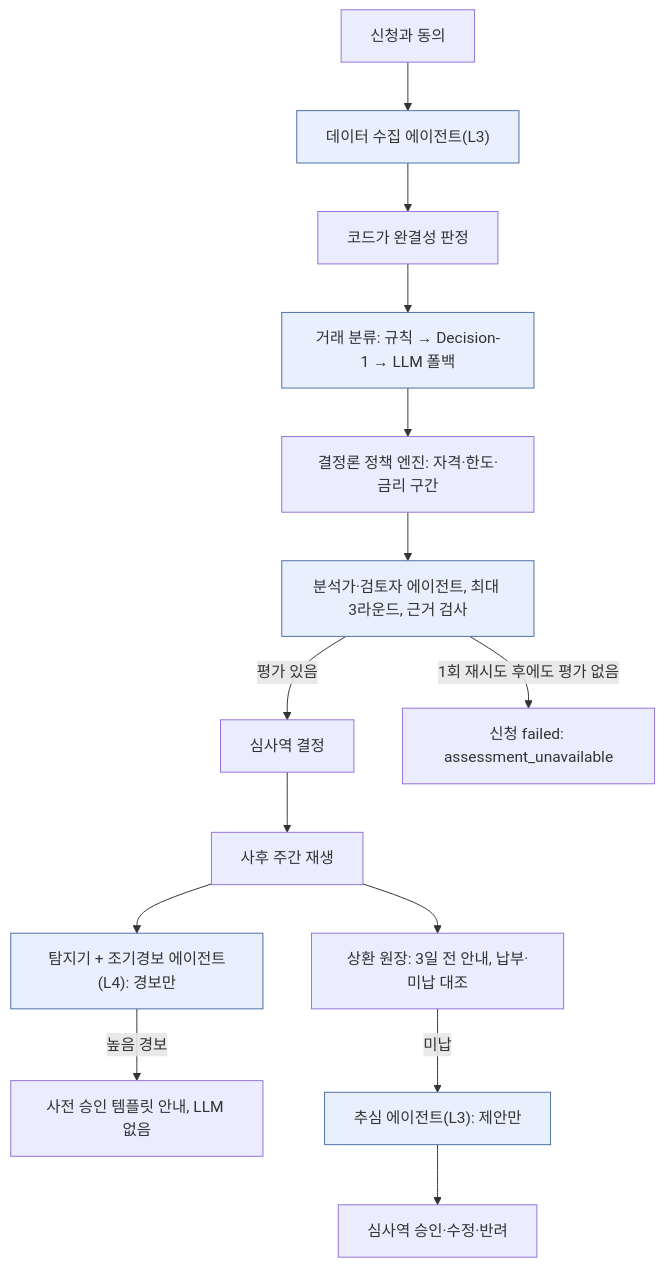
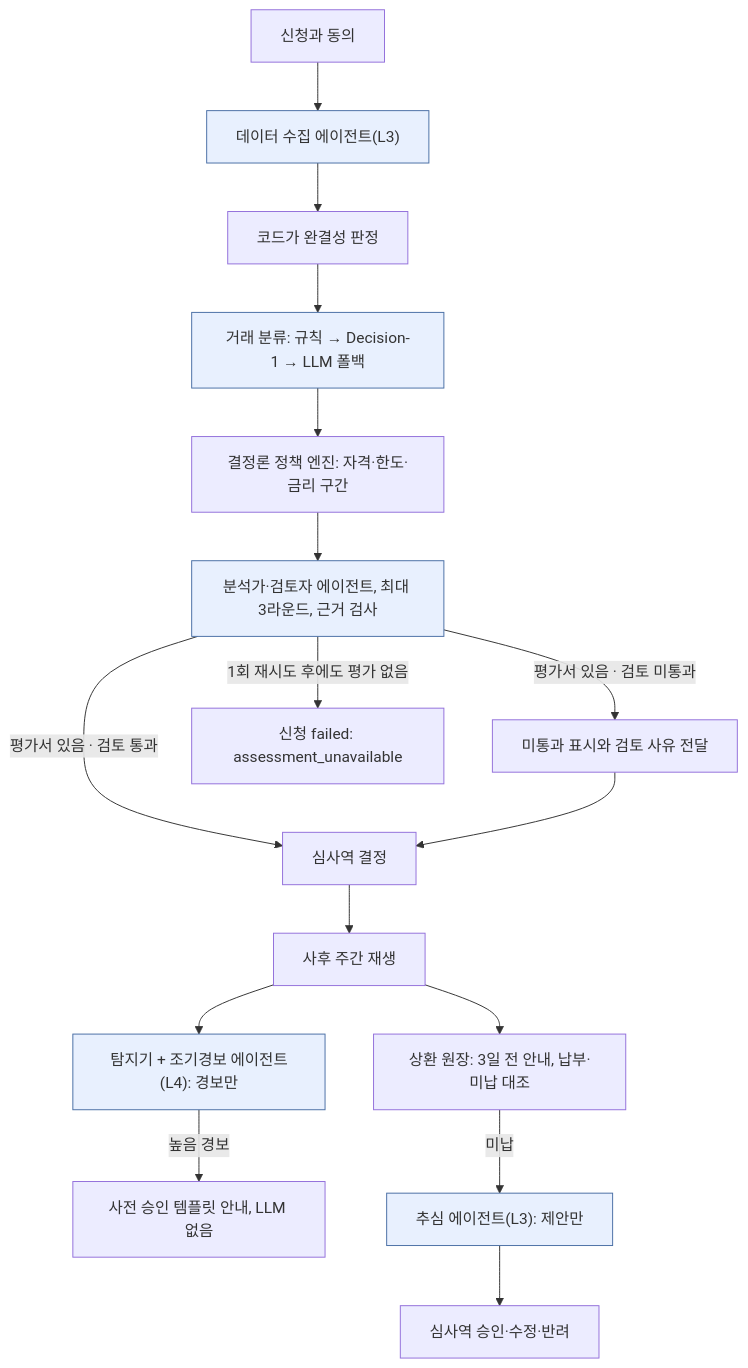
The diagram in docs/thought-leadership.md (freeman9844/ms-ama-04), drawn with Mermaid before and after one commit. The commit also changed other lines of this file, not shown here.

````diff
--- a/docs/thought-leadership.md
+++ b/docs/thought-leadership.md
@@ -66,18 +66,20 @@
 ```mermaid
 flowchart TB
   A["신청과 동의"] --> B["데이터 수집 에이전트(L3)"]
   B --> C["코드가 완결성 판정"]
   C --> D["거래 분류: 규칙 → Decision-1 → LLM 폴백"]
   D --> E["결정론 정책 엔진: 자격·한도·금리 구간"]
   E --> F["분석가·검토자 에이전트, 최대 3라운드, 근거 검사"]
-  F -->|평가 있음| G["심사역 결정"]
+  F -->|평가서 있음 · 검토 통과| G["심사역 결정"]
+  F -->|평가서 있음 · 검토 미통과| R["미통과 표시와 검토 사유 전달"]
+  R --> G
   F -->|1회 재시도 후에도 평가 없음| X["신청 failed: assessment_unavailable"]
   G --> H["사후 주간 재생"]
   H --> I["탐지기 + 조기경보 에이전트(L4): 경보만"]
   I -->|높음 경보| J["사전 승인 템플릿 안내, LLM 없음"]
   H --> K["상환 원장: 3일 전 안내, 납부·미납 대조"]
   K -->|미납| L["추심 에이전트(L3): 제안만"]
   L --> M["심사역 승인·수정·반려"]
   classDef agent fill:#e8f0fe,stroke:#4a6fa5
   class B,D,F,I,L agent
 ```
````
